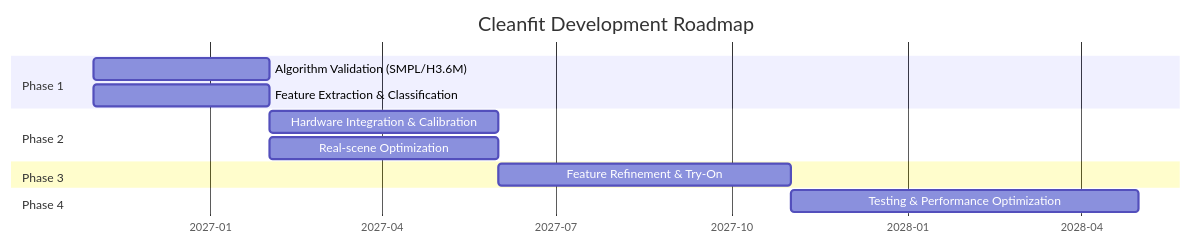
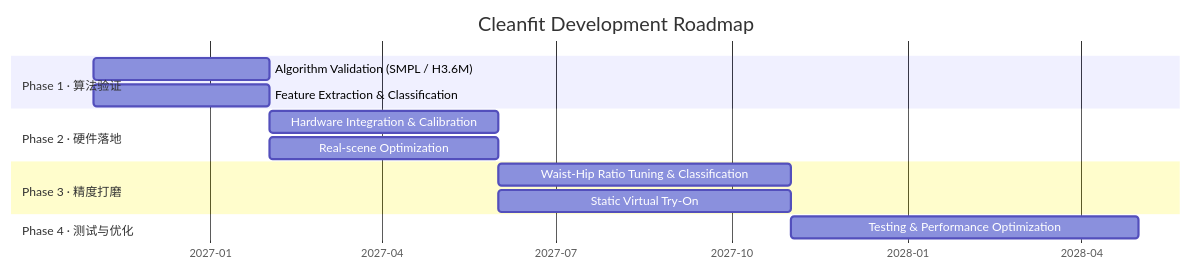
Before and after one commit to Aholic-12/Cleanfit: the second of 2 diagrams in README.md, drawn with Mermaid. The commit also changed other lines of this file, not shown here.

````diff
--- a/README.md
+++ b/README.md
@@ -233,20 +248,21 @@
 ```mermaid
 gantt
     title Cleanfit Development Roadmap
     dateFormat YYYY-MM
     axisFormat %Y-%m
 
-    section Phase 1
-    Algorithm Validation (SMPL/H3.6M)     :p1, 2026-11, 3M
+    section Phase 1 · 算法验证
+    Algorithm Validation (SMPL / H3.6M)   :p1a, 2026-11, 3M
     Feature Extraction & Classification    :p1b, 2026-11, 3M
 
-    section Phase 2
-    Hardware Integration & Calibration     :p2, after p1, 4M
-    Real-scene Optimization                :p2b, after p1, 4M
+    section Phase 2 · 硬件落地
+    Hardware Integration & Calibration     :p2a, after p1a, 4M
+    Real-scene Optimization                :p2b, after p1b, 4M
 
-    section Phase 3
-    Feature Refinement & Try-On            :p3, after p2, 5M
+    section Phase 3 · 精度打磨
+    Waist-Hip Ratio Tuning & Classification:p3a, after p2a, 5M
+    Static Virtual Try-On                  :p3b, after p2b, 5M
 
-    section Phase 4
-    Testing & Performance Optimization     :p4, after p3, 6M
+    section Phase 4 · 测试与优化
+    Testing & Performance Optimization     :p4, after p3a, 6M
 ```
````
